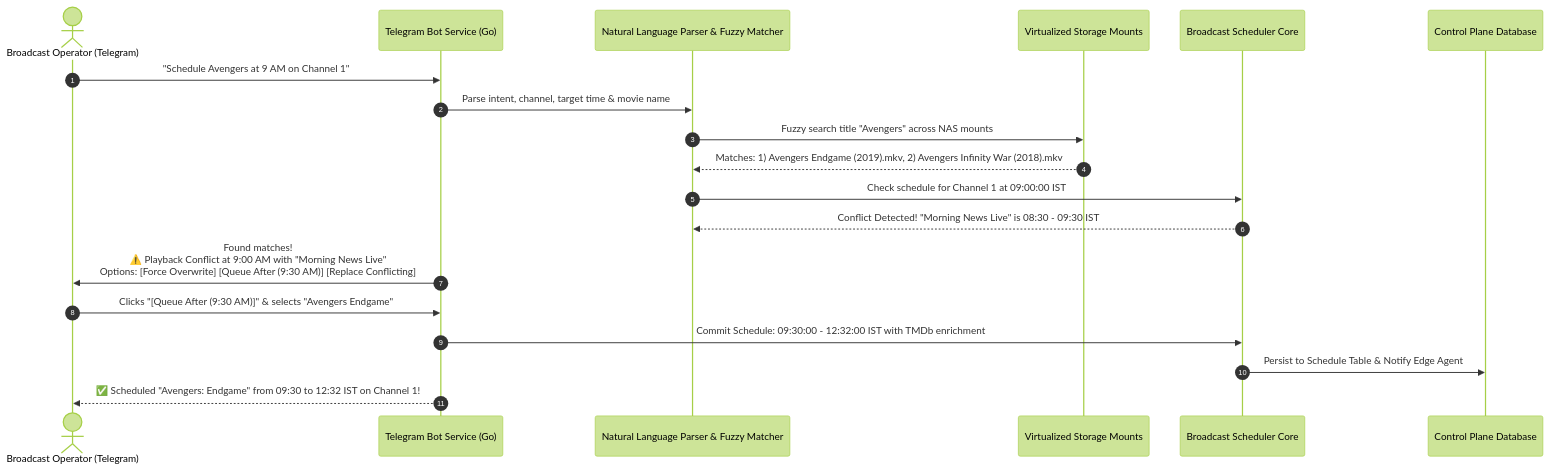
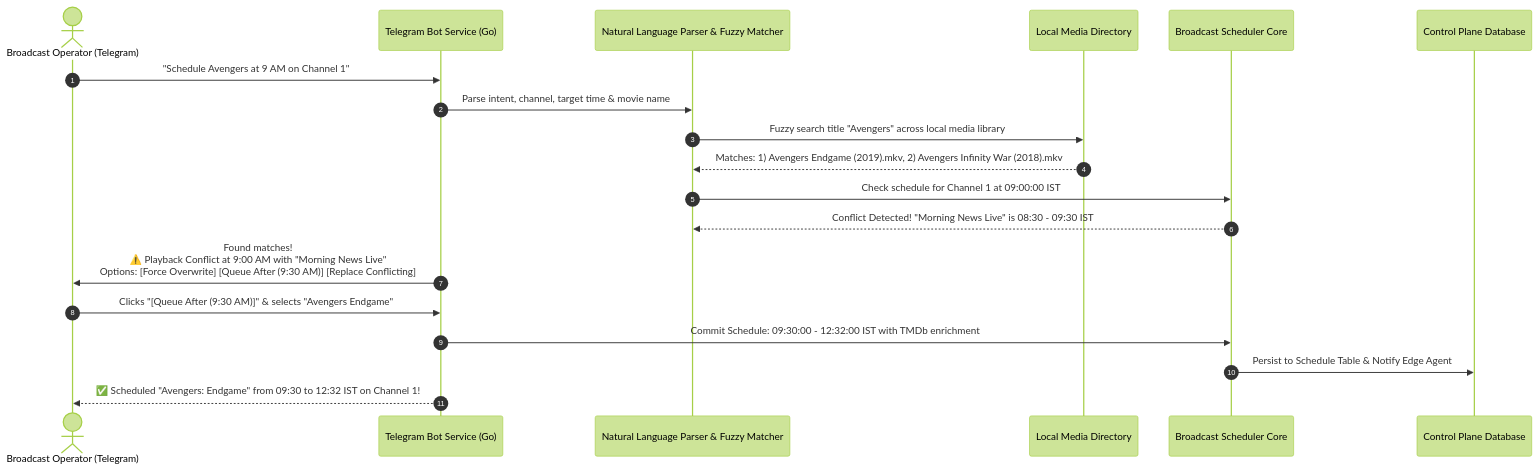
Before and after one commit to varmakarthik12/mcrflow: the second of 2 diagrams in docs/02_SYSTEM_ARCHITECTURE_AND_DESIGN.md, drawn with Mermaid (forest theme). The commit also changed other lines of this file and 32 other files, not shown here.

Commit message:
feat(storage,branding): replace storage mounts with local media dir, add channel logo upload/placement, remove tailscale settings, audit dynamic UI

````diff
--- a/docs/02_SYSTEM_ARCHITECTURE_AND_DESIGN.md
+++ b/docs/02_SYSTEM_ARCHITECTURE_AND_DESIGN.md
@@ -203,23 +201,23 @@
 ```mermaid
 sequenceDiagram
     autonumber
     actor User as Broadcast Operator (Telegram)
     participant Bot as Telegram Bot Service (Go)
     participant NLP as Natural Language Parser & Fuzzy Matcher
-    participant Storage as Virtualized Storage Mounts
+    participant Storage as Local Media Directory
     participant Sched as Broadcast Scheduler Core
     participant CP as Control Plane Database
 
     User->>Bot: "Schedule Avengers at 9 AM on Channel 1"
     Bot->>NLP: Parse intent, channel, target time & movie name
-    NLP->>Storage: Fuzzy search title "Avengers" across NAS mounts
+    NLP->>Storage: Fuzzy search title "Avengers" across local media library
     Storage-->>NLP: Matches: 1) Avengers Endgame (2019).mkv, 2) Avengers Infinity War (2018).mkv
     NLP->>Sched: Check schedule for Channel 1 at 09:00:00 IST
     Sched-->>NLP: Conflict Detected! "Morning News Live" is 08:30 - 09:30 IST
 
     Bot->>User: Found matches!<br/>⚠️ Playback Conflict at 9:00 AM with "Morning News Live"<br/>Options: [Force Overwrite] [Queue After (9:30 AM)] [Replace Conflicting]
     User->>Bot: Clicks "[Queue After (9:30 AM)]" & selects "Avengers Endgame"
     Bot->>Sched: Commit Schedule: 09:30:00 - 12:32:00 IST with TMDb enrichment
     Sched->>CP: Persist to Schedule Table & Notify Edge Agent
     Bot-->>User: ✅ Scheduled "Avengers: Endgame" from 09:30 to 12:32 IST on Channel 1!
 ```
````
